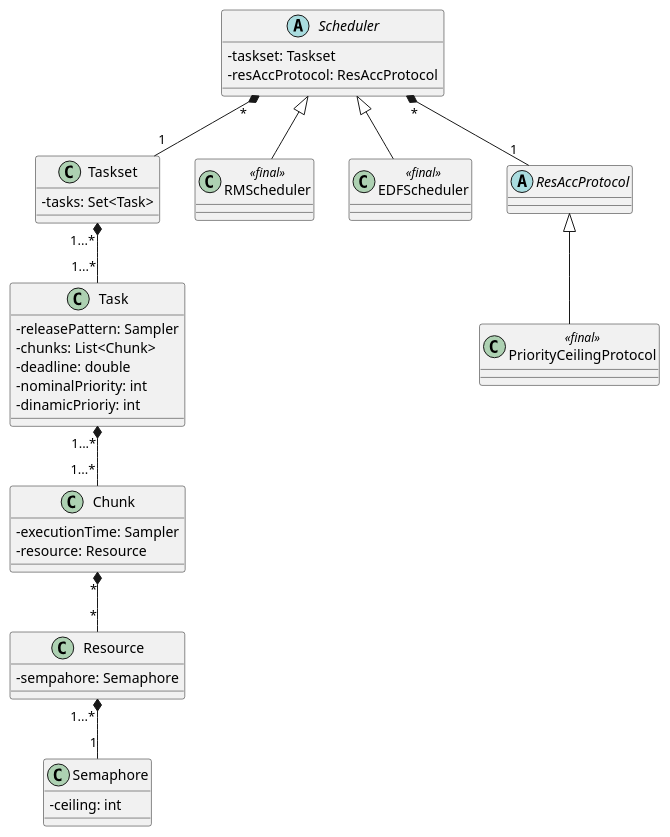
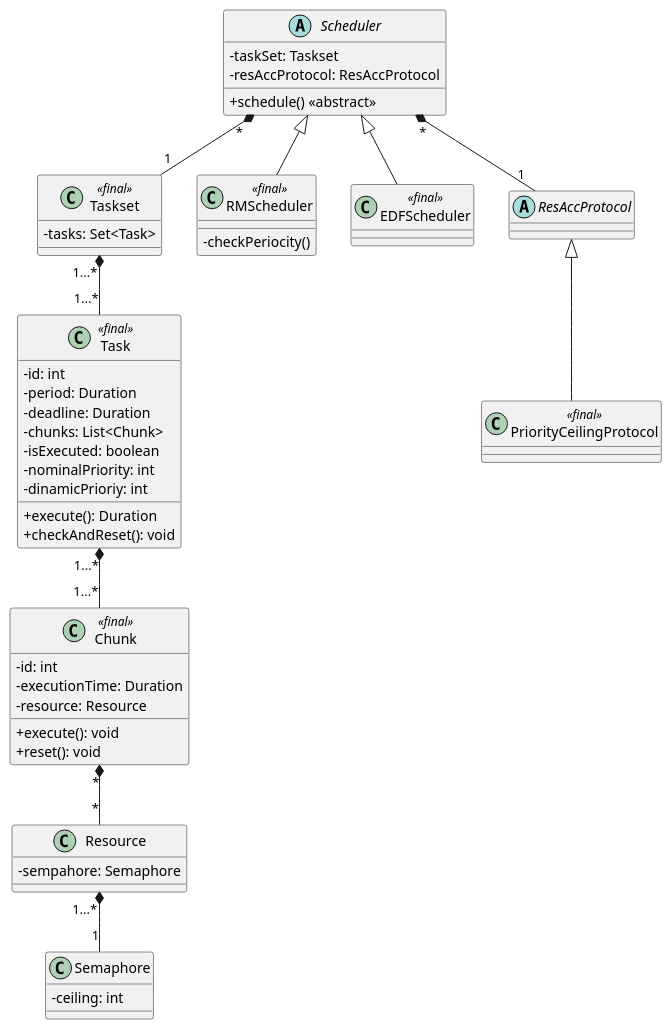
One commit to edoardosarri24/real-time-scheduling-simulator changed the diagram in class diagram.puml. Above: the diagram before and after it, drawn with PlantUML. The commit also changed 24 other files, not shown here.

Commit message:
Aggiornata documentazione e class diagram

```diff
--- a/class diagram.puml
+++ b/class diagram.puml
@@ -1,58 +1,67 @@
 @startuml Analisi
 skinparam classAttributeIconSize 0
 
 ' classi
-class Task {
-    - releasePattern: Sampler
+class Task <<final>> {
+    - id: int
+    - period: Duration
+    - deadline: Duration
     - chunks: List<Chunk>
-    - deadline: double
+    - isExecuted: boolean
     - nominalPriority: int
     - dinamicPrioriy: int
+    + execute(): Duration
+    + checkAndReset(): void
 }
 
-class Chunk {
-    - executionTime: Sampler
+class Chunk <<final>> {
+    - id: int
+    - executionTime: Duration
     - resource: Resource
+    + execute(): void
+    + reset(): void
 }
 
-class Taskset {
+class Taskset <<final>> {
     - tasks: Set<Task>
 }
 
 class Resource {
     - sempahore: Semaphore
 }
 
 abstract class Scheduler {
-    - taskset: Taskset
+    - taskSet: Taskset
     - resAccProtocol: ResAccProtocol
+    + schedule() <<abstract>>
 }
 
 class RMScheduler <<final>> {
+    - checkPeriocity()
 }
 
 class EDFScheduler <<final>> {
 }
 
 abstract class ResAccProtocol {
 }
 
 class PriorityCeilingProtocol <<final>> {
 }
 
 class Semaphore{
     - ceiling: int
 }
 
 ' relazioni
 Task "1...*" *-- "1...*" Chunk
 Taskset "1...*" *-- "1...*" Task
 Chunk "*" *-- "*" Resource
 Scheduler <|-- RMScheduler
 Scheduler <|-- EDFScheduler
 Scheduler "*" *-- "1" Taskset
 ResAccProtocol <|-- PriorityCeilingProtocol
 Scheduler "*" *-- "1" ResAccProtocol
 Resource "1...*" *-- "1" Semaphore
 
 @enduml
```
